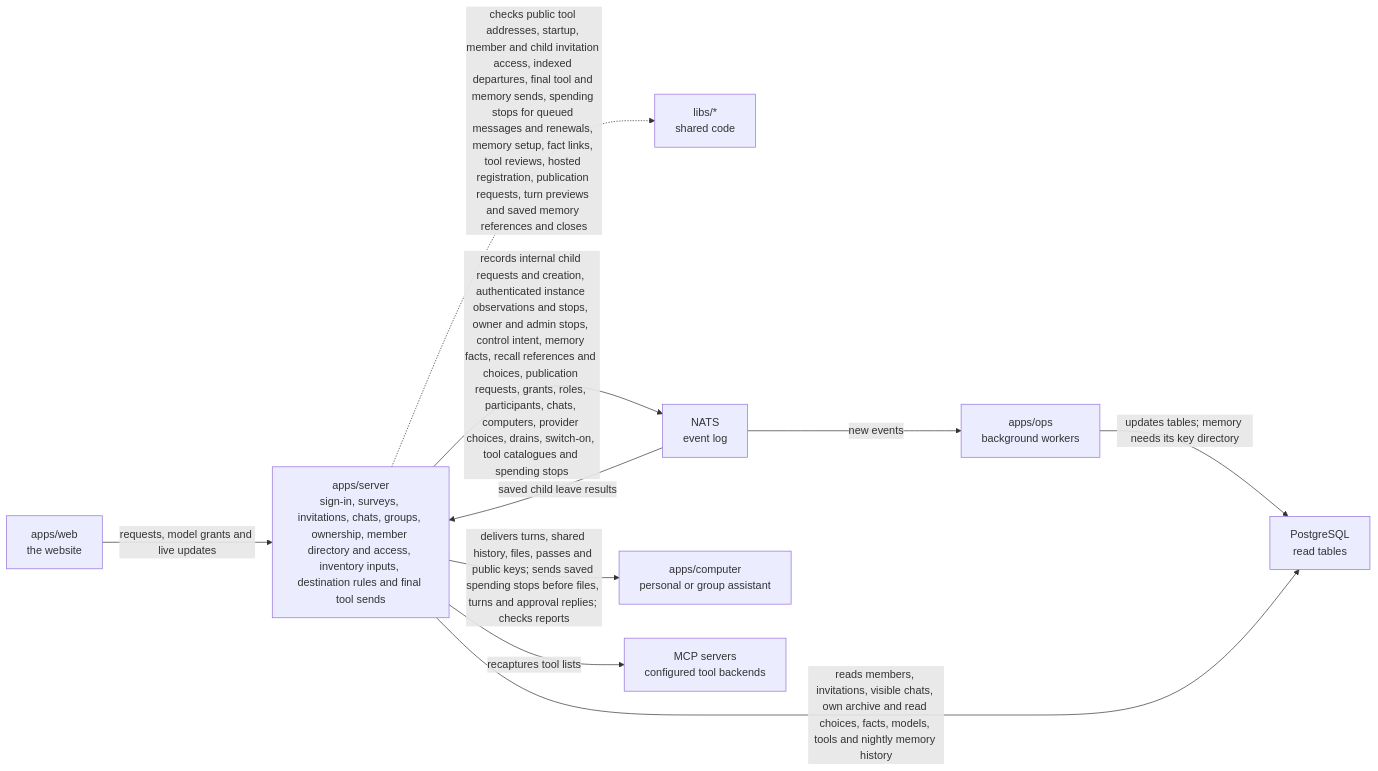
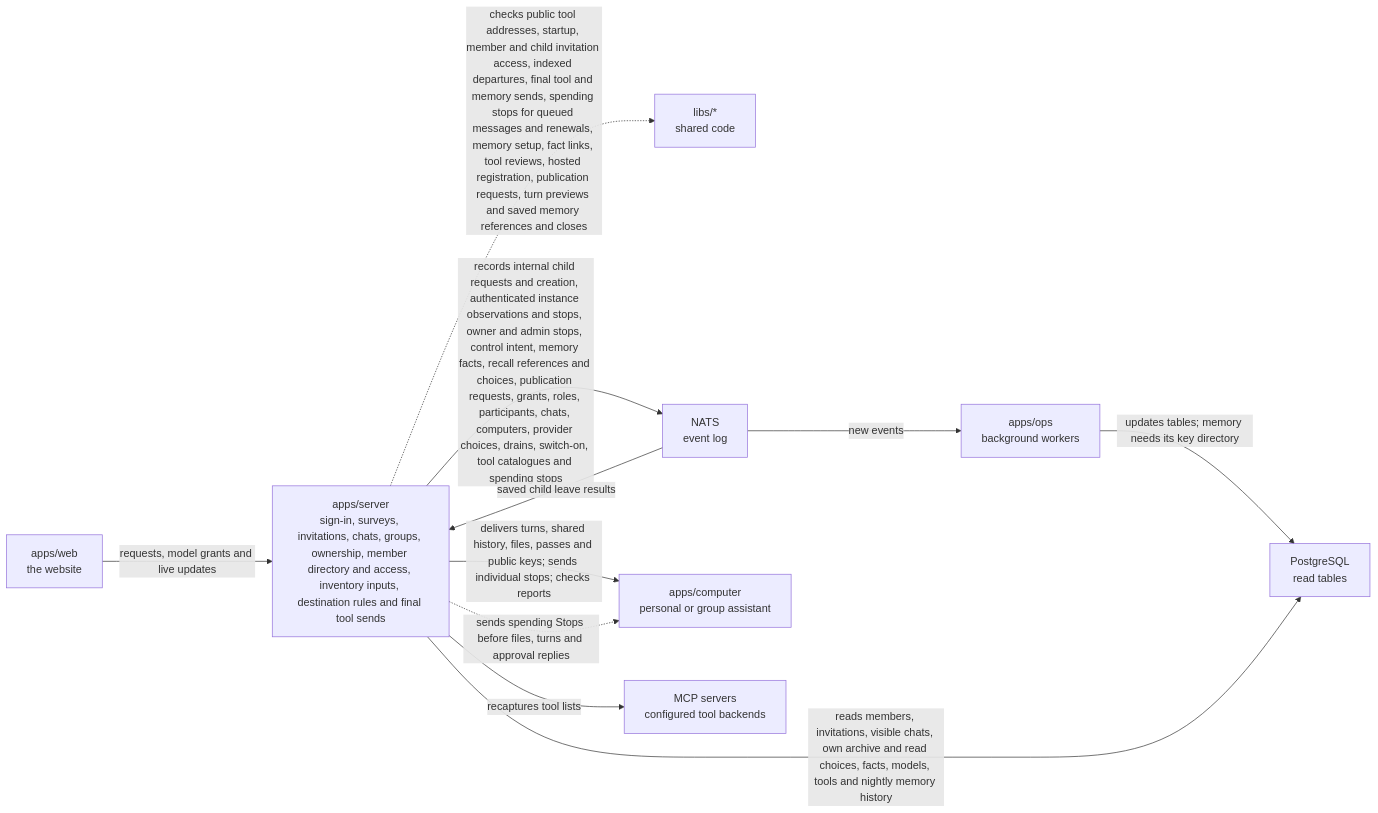
The diagram in apps/server/README.md (elewa-git/opencrane-new), drawn with Mermaid before and after one commit.

Commit message:
📝 Show spending stop ordering separately in the server diagram

````diff
--- a/apps/server/README.md
+++ b/apps/server/README.md
@@ -11,12 +11,13 @@
 ```mermaid
 flowchart LR
   web["apps/web<br/>the website"] -->|requests, model grants and live updates| server["apps/server<br/>sign-in, surveys, invitations, chats, groups, ownership, member directory and access, inventory inputs, destination rules and final tool sends"]
   server -.->|checks public tool addresses, startup, member and child invitation access, indexed departures, final tool and memory sends, spending stops for queued messages and renewals, memory setup, fact links, tool reviews, hosted registration, publication requests, turn previews and saved memory references and closes| libs["libs/*<br/>shared code"]
   server -->|records internal child requests and creation, authenticated instance observations and stops, owner and admin stops, control intent, memory facts, recall references and choices, publication requests, grants, roles, participants, chats, computers, provider choices, drains, switch-on, tool catalogues and spending stops| nats["NATS<br/>event log"]
   nats -->|saved child leave results| server
   nats -->|new events| ops["apps/ops<br/>background workers"]
   ops -->|updates tables; memory needs its key directory| postgres["PostgreSQL<br/>read tables"]
   server -->|reads members, invitations, visible chats, own archive and read choices, facts, models, tools and nightly memory history| postgres
-  server -->|delivers turns, shared history, files, passes and public keys; sends saved spending stops before files, turns and approval replies; checks reports| computer["apps/computer<br/>personal or group assistant"]
+  server -->|delivers turns, shared history, files, passes and public keys; sends individual stops; checks reports| computer["apps/computer<br/>personal or group assistant"]
   server -->|recaptures tool lists| mcp["MCP servers<br/>configured tool backends"]
+  server -.->|sends spending Stops before files, turns and approval replies| computer
 ```
````
